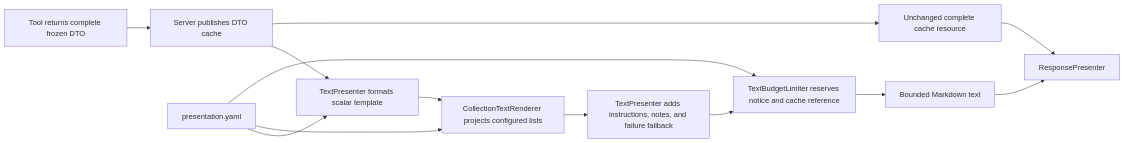
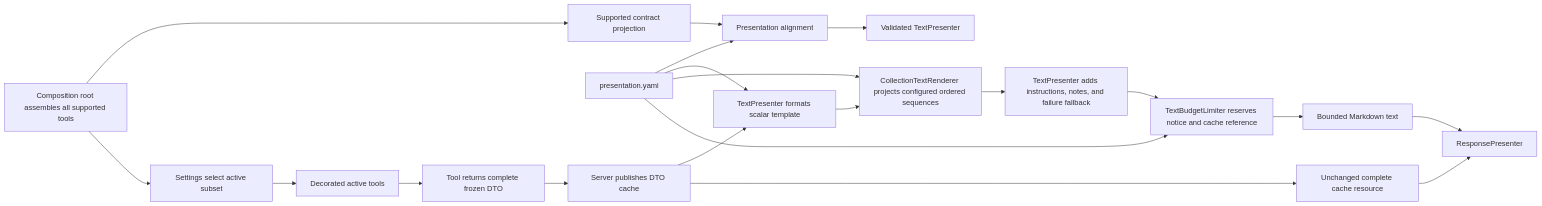
The first of 2 diagrams in docs/development/issue456/design.md (MikeyVK/S1mpleTraderV3), drawn with Mermaid before and after one commit. The commit also changed other lines of this file and 1 other file, not shown here.

Commit message:
docs(P_DESIGN): Resolve catalog, collection, and validation design blockers for #456 (#456)

````diff
--- a/docs/development/issue456/design.md
+++ b/docs/development/issue456/design.md
@@ -327,15 +386,22 @@
 ```mermaid
 flowchart LR
-    A[Tool returns complete frozen DTO] --> B[Server publishes DTO cache]
-    B --> C[TextPresenter formats scalar template]
-    C --> D[CollectionTextRenderer projects configured lists]
-    D --> E[TextPresenter adds instructions, notes, and failure fallback]
-    E --> F[TextBudgetLimiter reserves notice and cache reference]
-    F --> G[Bounded Markdown text]
-    B --> H[Unchanged complete cache resource]
-    G --> I[ResponsePresenter]
-    H --> I
-    J[presentation.yaml] --> C
-    J --> D
-    J --> F
+    A[Composition root assembles all supported tools] --> B[Supported contract projection]
+    A --> C[Settings select active subset]
+    B --> D[Presentation alignment]
+    J[presentation.yaml] --> D
+    D --> E[Validated TextPresenter]
+    C --> F[Decorated active tools]
+    F --> G[Tool returns complete frozen DTO]
+    G --> H[Server publishes DTO cache]
+    H --> I[TextPresenter formats scalar template]
+    I --> K[CollectionTextRenderer projects configured ordered sequences]
+    K --> L[TextPresenter adds instructions, notes, and failure fallback]
+    L --> M[TextBudgetLimiter reserves notice and cache reference]
+    M --> N[Bounded Markdown text]
+    H --> O[Unchanged complete cache resource]
+    N --> P[ResponsePresenter]
+    O --> P
+    J --> I
+    J --> K
+    J --> M
 ```
````
